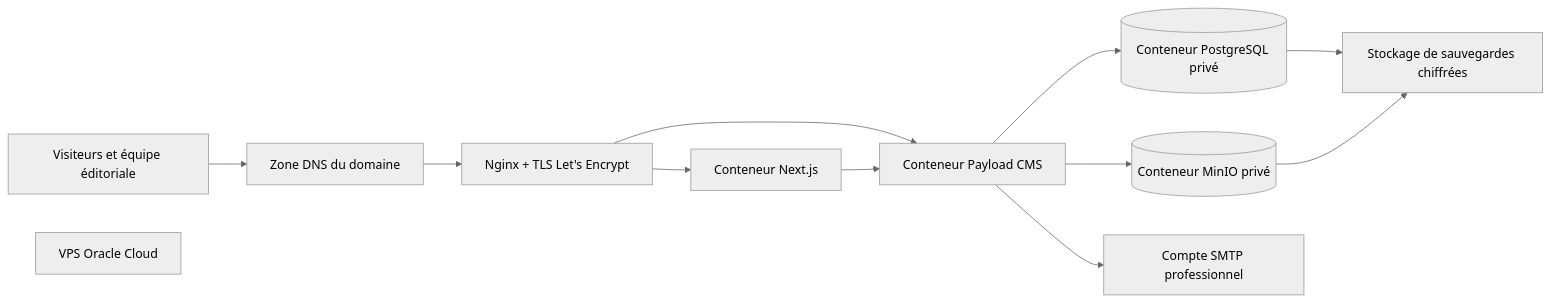
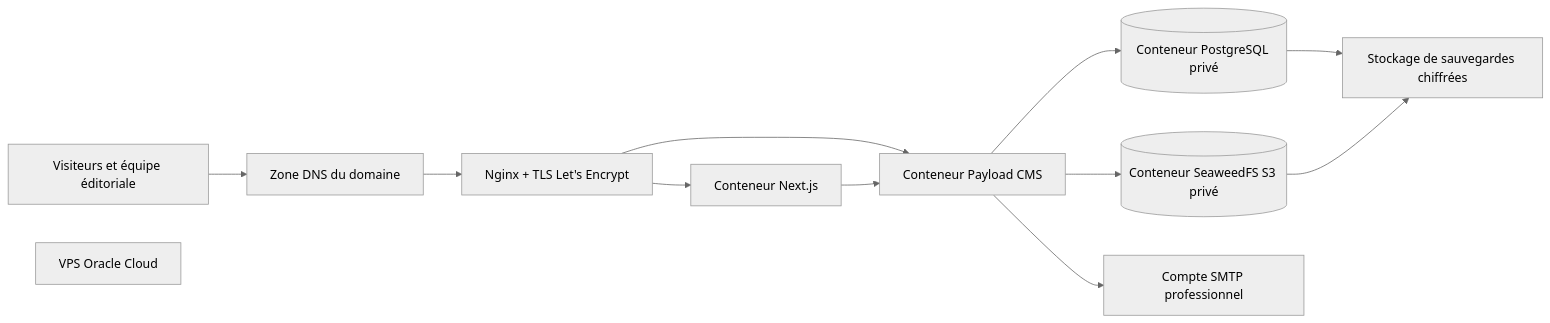
The third of 8 diagrams in docs/architecture-et-uml.md (MannuPy/AfricaIngenierie), drawn with Mermaid (neutral theme) before and after one commit. The commit also changed other lines of this file and 35 other files, not shown here.

````diff
--- a/docs/architecture-et-uml.md
+++ b/docs/architecture-et-uml.md
@@ -81,23 +81,23 @@
 ```mermaid
 flowchart LR
   User[Visiteurs et équipe éditoriale]
   DNS[Zone DNS du domaine]
   VPS[VPS Oracle Cloud]
   Proxy[Nginx + TLS Let's Encrypt]
   Web[Conteneur Next.js]
   Cms[Conteneur Payload CMS]
   DB[(Conteneur PostgreSQL privé)]
-  Storage[(Conteneur MinIO privé)]
+  Storage[(Conteneur SeaweedFS S3 privé)]
   SMTP[Compte SMTP professionnel]
   Backup[Stockage de sauvegardes chiffrées]
   User --> DNS
   DNS --> Proxy
   Proxy --> Web
   Proxy --> Cms
   Web --> Cms
   Cms --> DB
   Cms --> Storage
   Cms --> SMTP
   DB --> Backup
   Storage --> Backup
 ```
````
